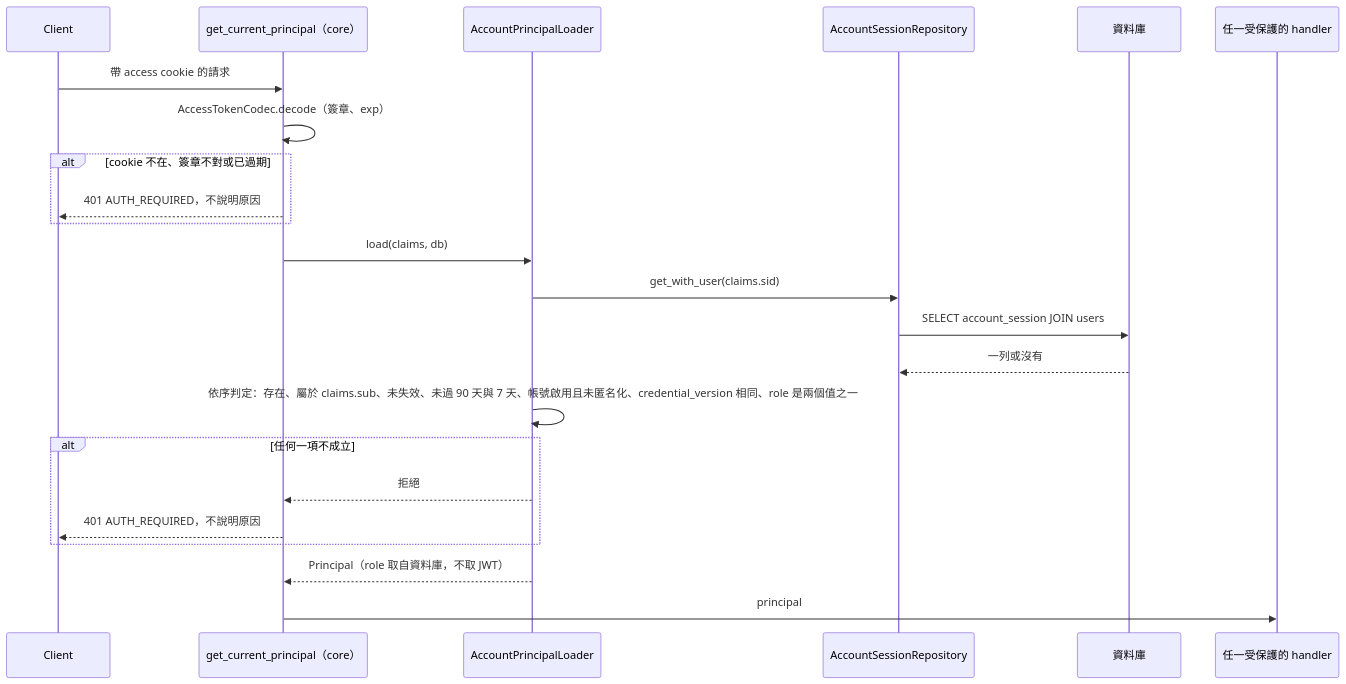
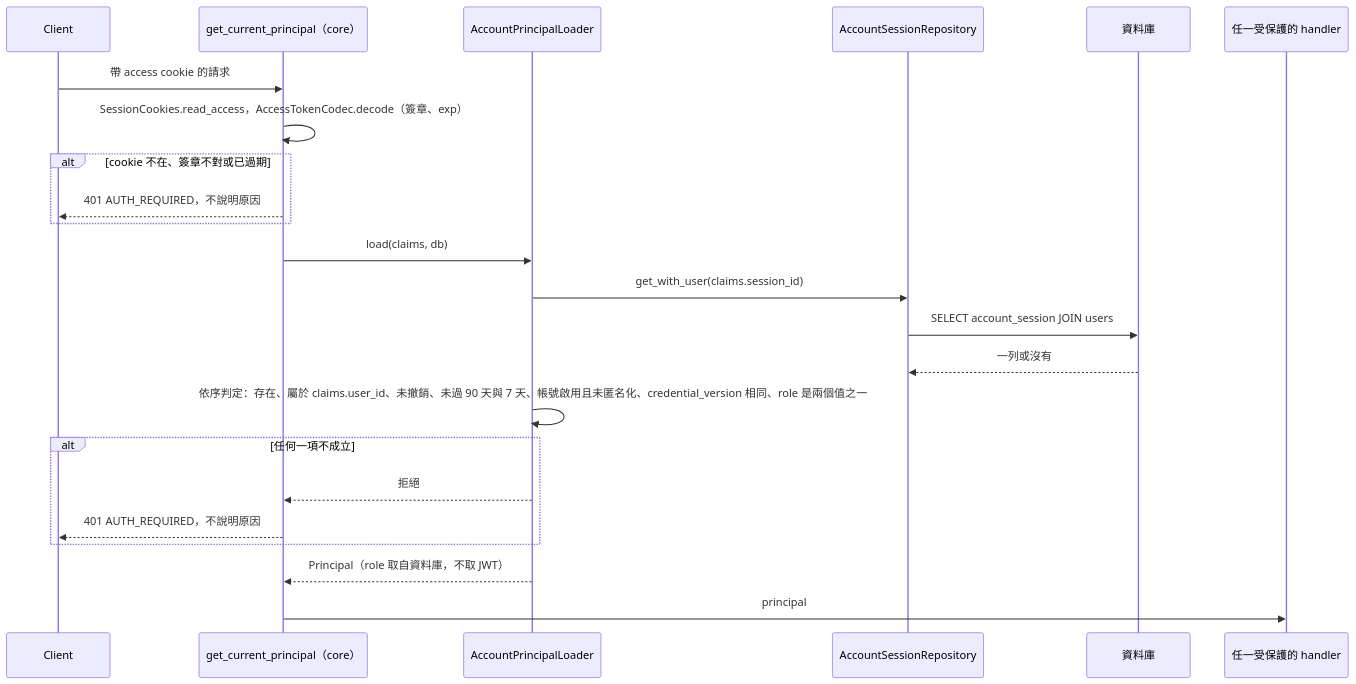
The sixth of 6 diagrams in docs/diagrams/architecture/backend-modules.mdx (label-suite/label-suite), drawn with Mermaid before and after one commit. The commit also changed other lines of this file and 6 other files, not shown here.

````diff
--- a/docs/diagrams/architecture/backend-modules.mdx
+++ b/docs/diagrams/architecture/backend-modules.mdx
@@ -301,25 +319,25 @@
 ```mermaid
 sequenceDiagram
   participant C as Client
   participant G as get_current_principal（core）
   participant P as AccountPrincipalLoader
   participant Q as AccountSessionRepository
   participant DB as 資料庫
   participant H as 任一受保護的 handler
   C->>G: 帶 access cookie 的請求
-  G->>G: AccessTokenCodec.decode（簽章、exp）
+  G->>G: SessionCookies.read_access，AccessTokenCodec.decode（簽章、exp）
   alt cookie 不在、簽章不對或已過期
     G-->>C: 401 AUTH_REQUIRED，不說明原因
   end
   G->>P: load(claims, db)
-  P->>Q: get_with_user(claims.sid)
+  P->>Q: get_with_user(claims.session_id)
   Q->>DB: SELECT account_session JOIN users
   DB-->>Q: 一列或沒有
-  P->>P: 依序判定：存在、屬於 claims.sub、未失效、未過 90 天與 7 天、帳號啟用且未匿名化、credential_version 相同、role 是兩個值之一
+  P->>P: 依序判定：存在、屬於 claims.user_id、未撤銷、未過 90 天與 7 天、帳號啟用且未匿名化、credential_version 相同、role 是兩個值之一
   alt 任何一項不成立
     P-->>G: 拒絕
     G-->>C: 401 AUTH_REQUIRED，不說明原因
   end
   P-->>G: Principal（role 取自資料庫，不取 JWT）
   G->>H: principal
 ```
````
